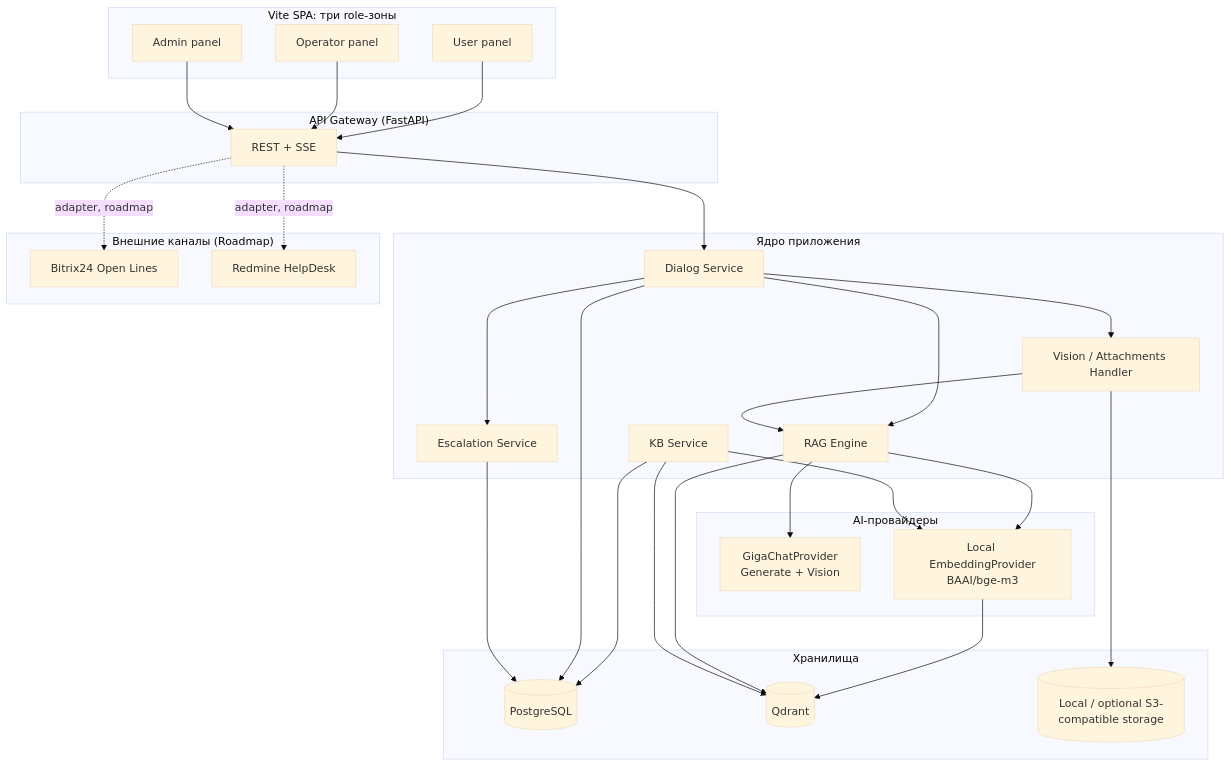
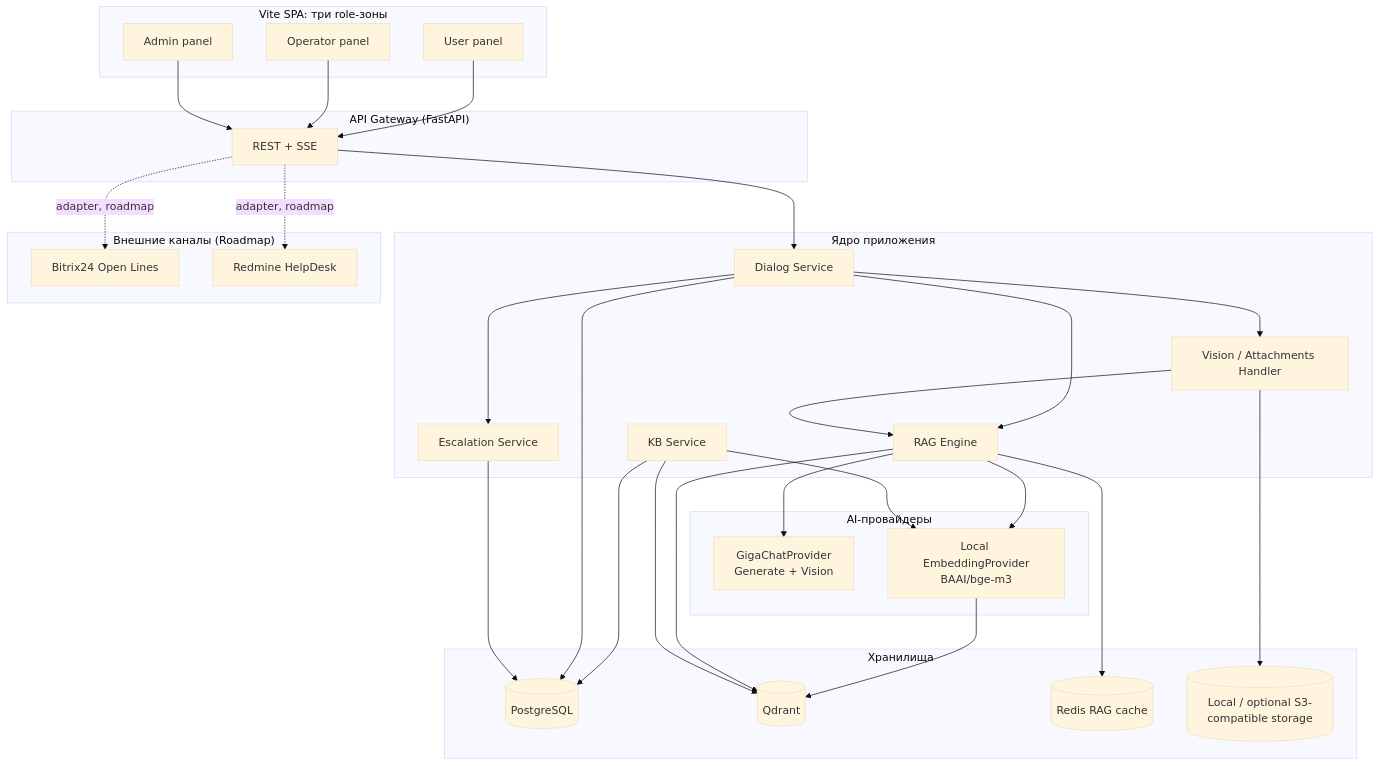
The first of 2 diagrams in ARCHITECTURE.md (MrDoodeth/sber-molvest-hackaton), drawn with Mermaid (base theme) before and after one commit. The commit also changed other lines of this file and 18 other files, not shown here.

Commit message:
fix: harden demo flows and cache RAG searches

````diff
--- a/ARCHITECTURE.md
+++ b/ARCHITECTURE.md
@@ -302,61 +313,63 @@
 ```mermaid
 flowchart TB
     subgraph CLIENT["Vite SPA: три role-зоны"]
         FE["User panel"]
         OP["Operator panel"]
         ADMIN["Admin panel"]
     end
 
     subgraph GW["API Gateway (FastAPI)"]
         API["REST + SSE"]
     end
 
     subgraph CORE["Ядро приложения"]
         DIALOG["Dialog Service"]
         RAG["RAG Engine"]
         VISION["Vision / Attachments Handler"]
         ESCALATION["Escalation Service"]
         KB["KB Service"]
     end
 
     subgraph AI["AI-провайдеры"]
         GIGA["GigaChatProvider<br/>Generate + Vision"]
         EMB["Local EmbeddingProvider<br/>BAAI/bge-m3"]
     end
 
     subgraph DATA["Хранилища"]
         PG[("PostgreSQL")]
         VDB[("Qdrant")]
+        REDIS[("Redis RAG cache")]
         S3[("Local / optional S3-compatible storage")]
     end
 
     subgraph EXT["Внешние каналы (Roadmap)"]
         BITRIX["Bitrix24 Open Lines"]
         REDMINE["Redmine HelpDesk"]
     end
 
     FE --> API
     OP --> API
     ADMIN --> API
     API --> DIALOG
     DIALOG --> RAG
     DIALOG --> VISION
     DIALOG --> ESCALATION
 
     VISION --> RAG
     RAG --> EMB
     EMB --> VDB
     RAG --> VDB
+    RAG --> REDIS
     RAG --> GIGA
 
     KB --> EMB
     KB --> VDB
     KB --> PG
 
     DIALOG --> PG
     ESCALATION --> PG
     VISION --> S3
 
     API -.->|adapter, roadmap| BITRIX
     API -.->|adapter, roadmap| REDMINE
 ```
````
